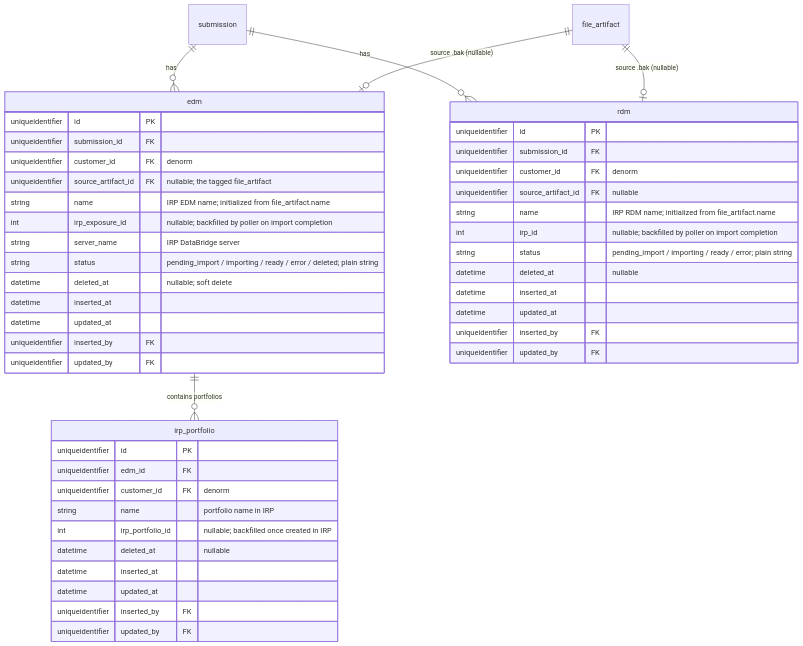
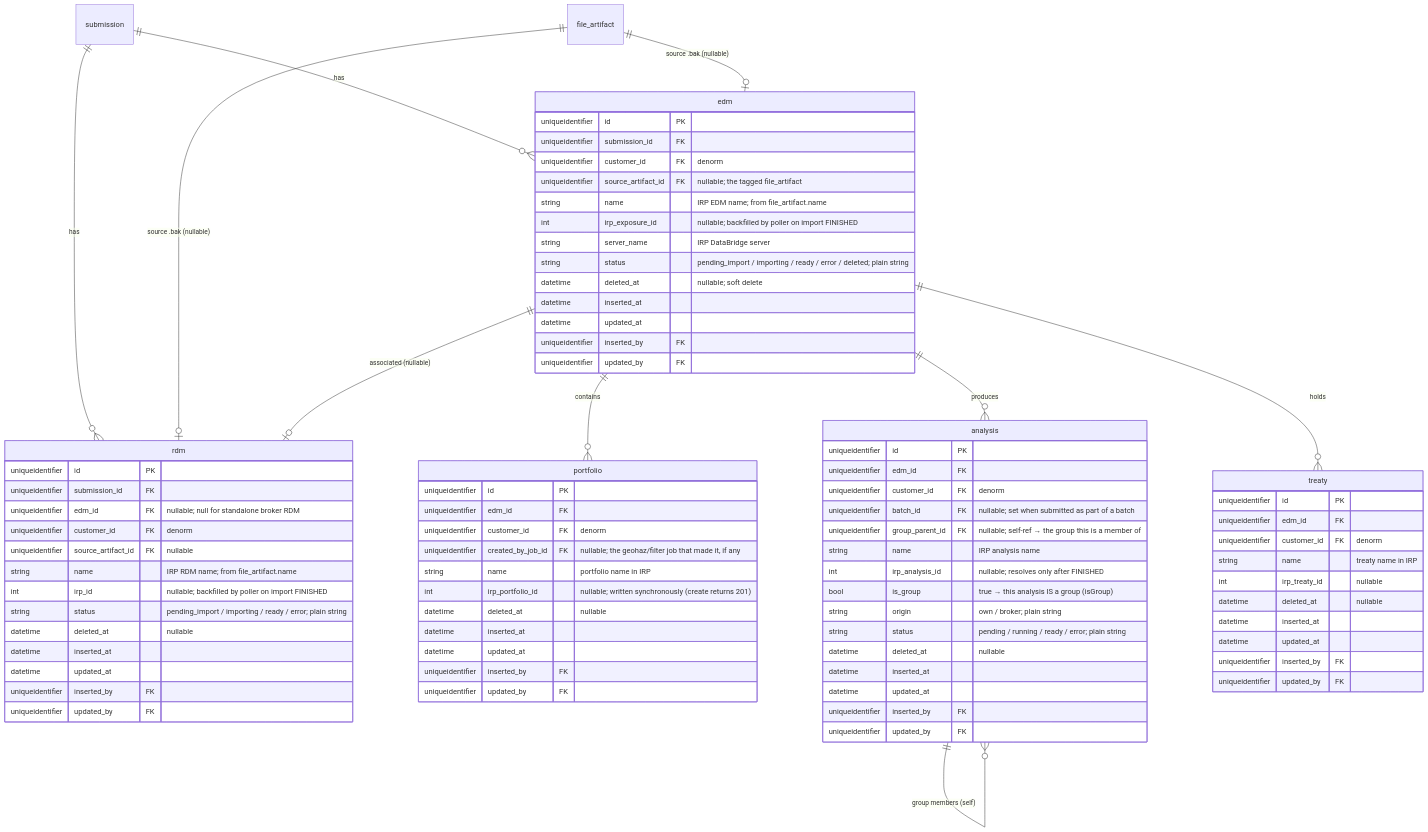
One commit to anilvenugopal/risk-workbench changed the third of 7 diagrams in docs/DATA_MODEL.md. Above: the diagram before and after it, drawn with Mermaid. The commit also changed other lines of this file and 25 other files, not shown here.

First line of the commit message:
docs: adopt lean metamodel — replace workflow engine with job/batch/rwb_job

```diff
--- a/docs/DATA_MODEL.md
+++ b/docs/DATA_MODEL.md
@@ -251,15 +322,19 @@
   submission ||--o{ rdm : has
   file_artifact ||--o| edm : "source .bak (nullable)"
   file_artifact ||--o| rdm : "source .bak (nullable)"
-  edm ||--o{ irp_portfolio : "contains portfolios"
+  edm ||--o{ portfolio : "contains"
+  edm ||--o{ analysis : "produces"
+  edm ||--o{ treaty : "holds"
+  edm ||--o| rdm : "associated (nullable)"
+  analysis ||--o{ analysis : "group members (self)"
 
   edm {
     uniqueidentifier id PK
     uniqueidentifier submission_id FK
     uniqueidentifier customer_id FK "denorm"
     uniqueidentifier source_artifact_id FK "nullable; the tagged file_artifact"
-    string name "IRP EDM name; initialized from file_artifact.name"
-    int irp_exposure_id "nullable; backfilled by poller on import completion"
+    string name "IRP EDM name; from file_artifact.name"
+    int irp_exposure_id "nullable; backfilled by poller on import FINISHED"
     string server_name "IRP DataBridge server"
     string status "pending_import / importing / ready / error / deleted; plain string"
     datetime deleted_at "nullable; soft delete"
@@ -271,10 +346,11 @@
   rdm {
     uniqueidentifier id PK
     uniqueidentifier submission_id FK
+    uniqueidentifier edm_id FK "nullable; null for standalone broker RDM"
     uniqueidentifier customer_id FK "denorm"
     uniqueidentifier source_artifact_id FK "nullable"
-    string name "IRP RDM name; initialized from file_artifact.name"
-    int irp_id "nullable; backfilled by poller on import completion"
+    string name "IRP RDM name; from file_artifact.name"
+    int irp_id "nullable; backfilled by poller on import FINISHED"
     string status "pending_import / importing / ready / error; plain string"
     datetime deleted_at "nullable"
     datetime inserted_at
@@ -282,12 +358,42 @@
     uniqueidentifier inserted_by FK
     uniqueidentifier updated_by FK
   }
-  irp_portfolio {
+  portfolio {
     uniqueidentifier id PK
     uniqueidentifier edm_id FK
     uniqueidentifier customer_id FK "denorm"
+    uniqueidentifier created_by_job_id FK "nullable; the geohaz/filter job that made it, if any"
     string name "portfolio name in IRP"
-    int irp_portfolio_id "nullable; backfilled once created in IRP"
+    int irp_portfolio_id "nullable; written synchronously (create returns 201)"
+    datetime deleted_at "nullable"
+    datetime inserted_at
+    datetime updated_at
+    uniqueidentifier inserted_by FK
+    uniqueidentifier updated_by FK
+  }
+  analysis {
+    uniqueidentifier id PK
+    uniqueidentifier edm_id FK
+    uniqueidentifier customer_id FK "denorm"
+    uniqueidentifier batch_id FK "nullable; set when submitted as part of a batch"
+    uniqueidentifier group_parent_id FK "nullable; self-ref → the group this is a member of"
+    string name "IRP analysis name"
+    int irp_analysis_id "nullable; resolves only after FINISHED"
+    bool is_group "true → this analysis IS a group (isGroup)"
+    string origin "own / broker; plain string"
+    string status "pending / running / ready / error; plain string"
+    datetime deleted_at "nullable"
+    datetime inserted_at
+    datetime updated_at
+    uniqueidentifier inserted_by FK
+    uniqueidentifier updated_by FK
+  }
+  treaty {
+    uniqueidentifier id PK
+    uniqueidentifier edm_id FK
+    uniqueidentifier customer_id FK "denorm"
+    string name "treaty name in IRP"
+    int irp_treaty_id "nullable"
     datetime deleted_at "nullable"
     datetime inserted_at
     datetime updated_at
```
